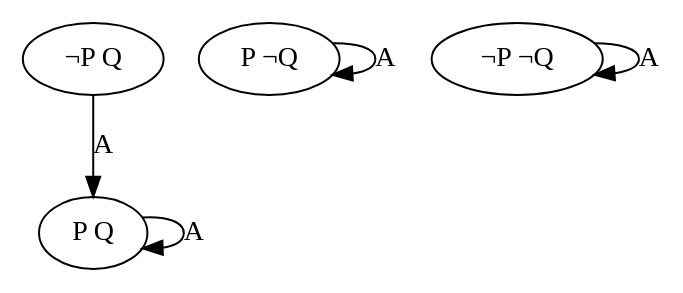
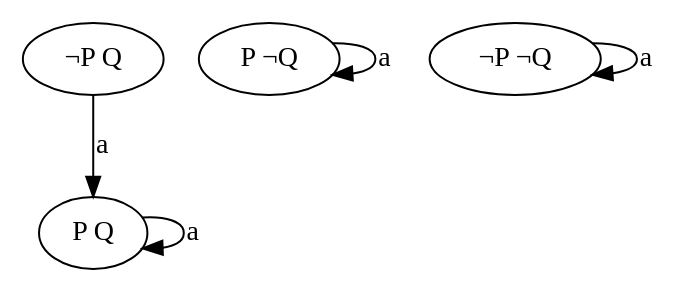
Before and after one commit to Entze/APIA: the diagram in Figures/Action_Language_A/Example.dot, drawn with Graphviz. The commit also changed 1 other file, not shown here.

```diff
--- a/Figures/Action_Language_A/Example.dot
+++ b/Figures/Action_Language_A/Example.dot
@@ -1,14 +1,14 @@
 // Figure 1 from Gelfond and Lifschitz, 1998, Action languages
 digraph {
     "P Q";
     "P ¬Q";
     "¬P Q";
     "¬P ¬Q";
 
-    "¬P Q" -> "P Q" [label = "A"];
-    "P Q" -> "P Q" [label = "A"];
+    "¬P Q" -> "P Q" [label = "a"];
+    "P Q" -> "P Q" [label = "a"];
 
-    "P ¬Q" -> "P ¬Q" [label = "A"];
+    "P ¬Q" -> "P ¬Q" [label = "a"];
 
-    "¬P ¬Q" -> "¬P ¬Q" [label = "A"];
+    "¬P ¬Q" -> "¬P ¬Q" [label = "a"];
 }
```
